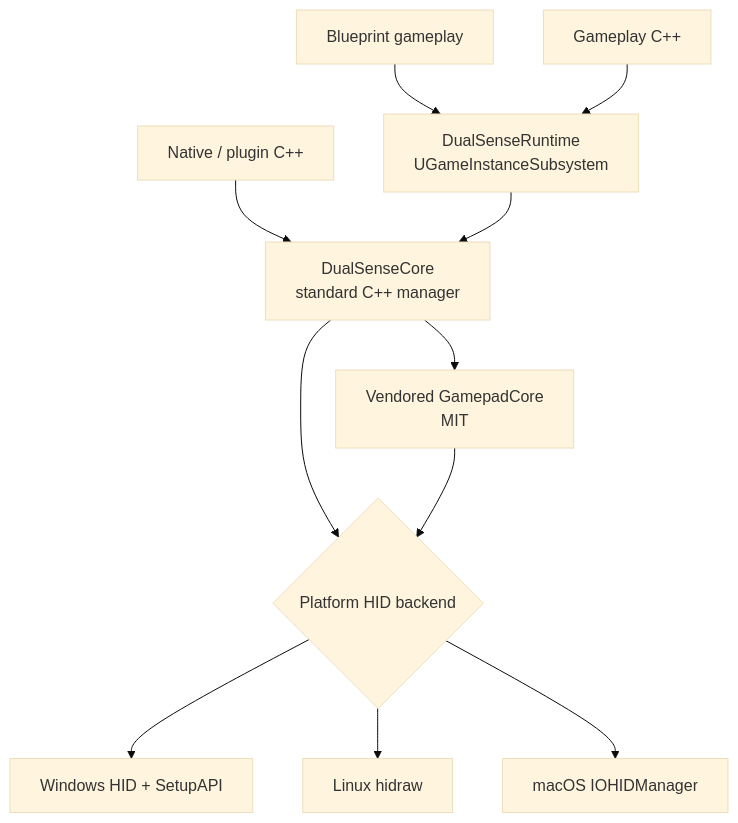
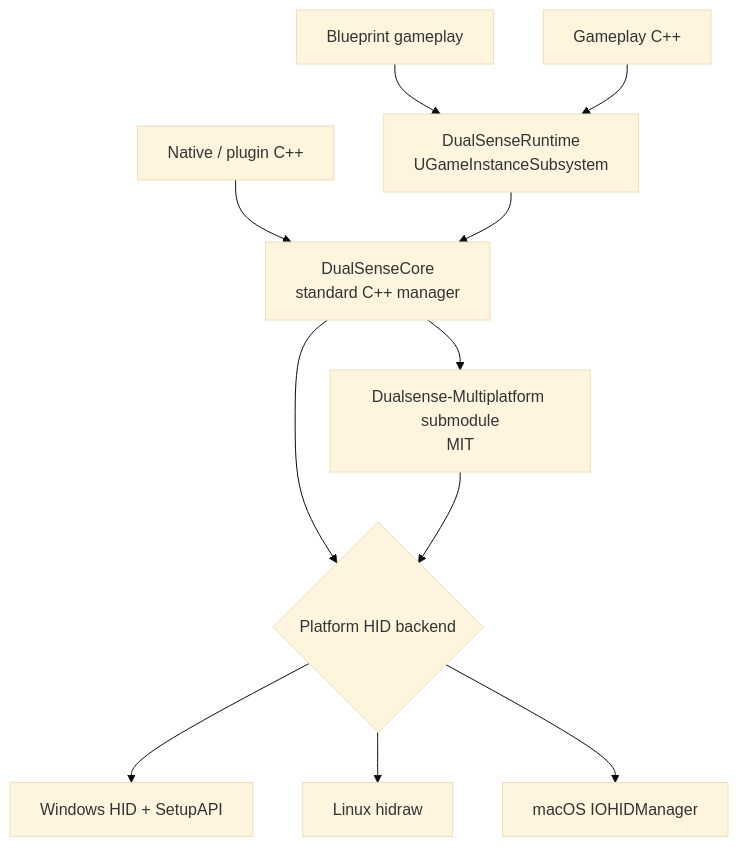
One commit to DrapNard/Unreal-DualSense-Multiplatform changed the diagram in README.md. Above: the diagram before and after it, drawn with Mermaid (base theme). The commit also changed other lines of this file and 82 other files, not shown here.

Commit message:
feat(deps): track Dualsense-Multiplatform as submodule

````diff
--- a/README.md
+++ b/README.md
@@ -136,13 +144,13 @@
 ```mermaid
 flowchart TD
     BP[Blueprint gameplay] --> Runtime[DualSenseRuntime\nUGameInstanceSubsystem]
     CPP[Gameplay C++] --> Runtime
     NativeCPP[Native / plugin C++] --> Core[DualSenseCore\nstandard C++ manager]
     Runtime --> Core
-    Core --> Vendor[Vendored GamepadCore\nMIT]
+    Core --> Upstream[Dualsense-Multiplatform submodule\nMIT]
     Core --> Platform{Platform HID backend}
     Platform --> Win[Windows HID + SetupAPI]
     Platform --> Linux[Linux hidraw]
     Platform --> Mac[macOS IOHIDManager]
-    Vendor --> Platform
+    Upstream --> Platform
 ```
````
